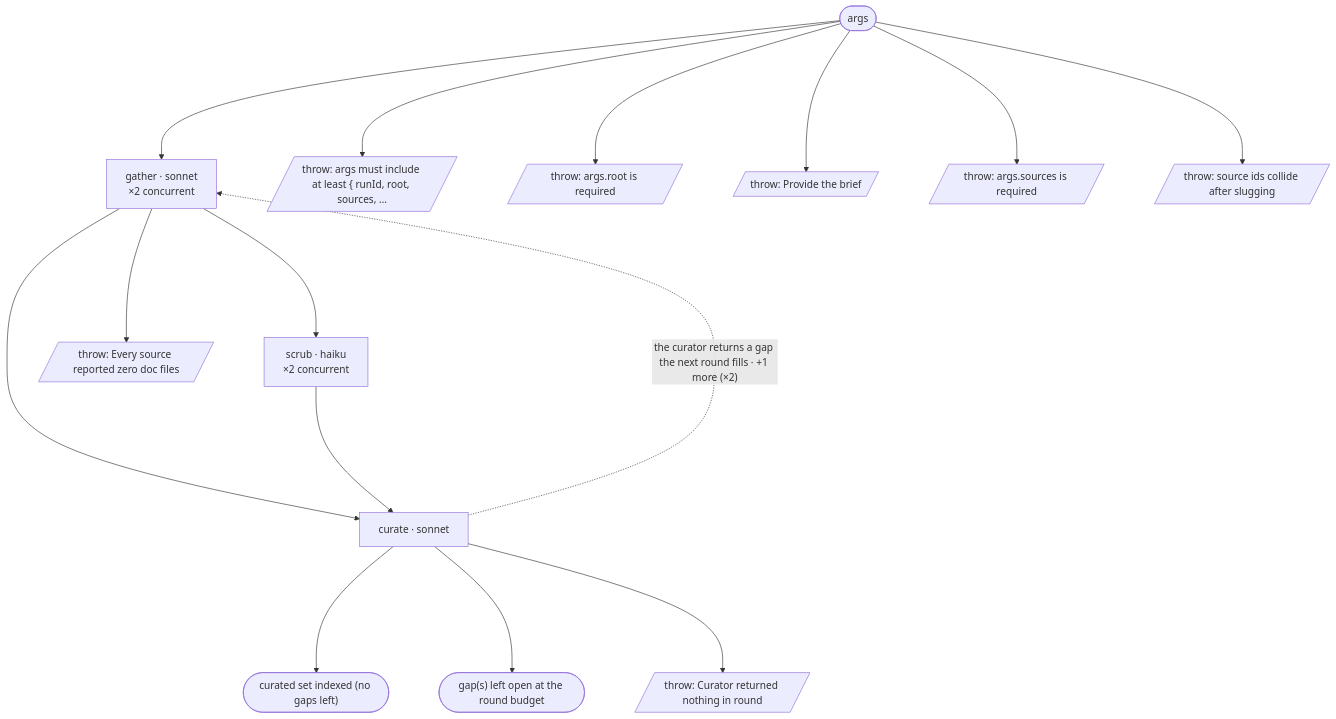
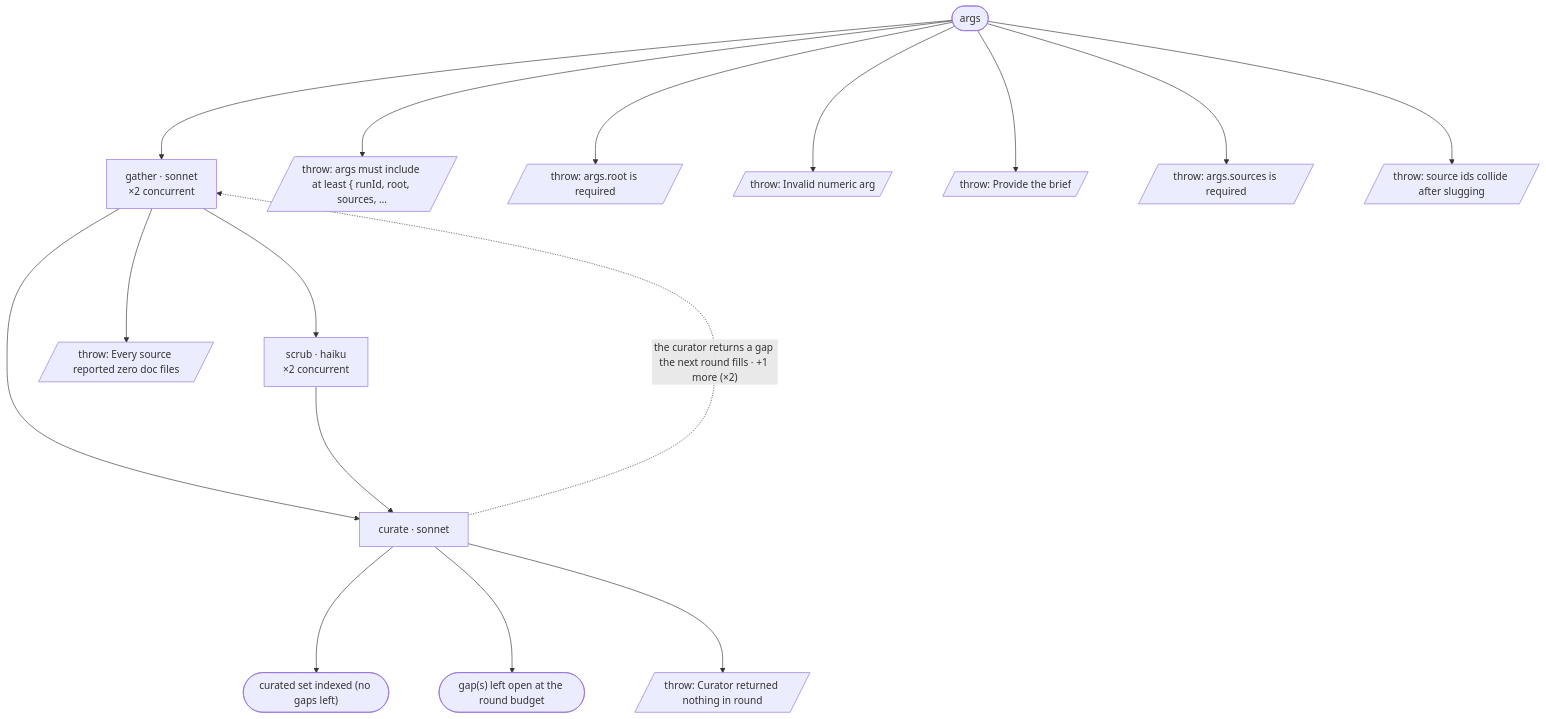
The diagram in workflows/docs/FLOW.md (Blakeem/aipromptguide-workflows), drawn with Mermaid before and after one commit. The commit also changed other lines of this file and 35 other files, not shown here.

````diff
--- a/workflows/docs/FLOW.md
+++ b/workflows/docs/FLOW.md
@@ -8,31 +8,33 @@
 ```mermaid
 %%{init: {"flowchart": {"nodeSpacing": 80, "rankSpacing": 200}}}%%
 flowchart TD
   S0(["args"])
   a1["gather · sonnet<br/>×2 concurrent"]
   a2["scrub · haiku<br/>×2 concurrent"]
   a3["curate · sonnet"]
   t1(["curated set indexed (no gaps left)"])
   t2(["gap(s) left open at the round budget"])
   x1[/"throw: args must include at least { runId, root, sources, …"/]
   x2[/"throw: args.root is required"/]
-  x3[/"throw: Provide the brief"/]
-  x4[/"throw: args.sources is required"/]
-  x5[/"throw: source ids collide after slugging"/]
-  x6[/"throw: Every source reported zero doc files"/]
-  x7[/"throw: Curator returned nothing in round"/]
+  x3[/"throw: Invalid numeric arg"/]
+  x4[/"throw: Provide the brief"/]
+  x5[/"throw: args.sources is required"/]
+  x6[/"throw: source ids collide after slugging"/]
+  x7[/"throw: Every source reported zero doc files"/]
+  x8[/"throw: Curator returned nothing in round"/]
   S0 --> a1
   S0 --> x1
   S0 --> x2
   S0 --> x3
   S0 --> x4
   S0 --> x5
+  S0 --> x6
   a1 --> a2
   a1 --> a3
-  a1 --> x6
+  a1 --> x7
   a2 --> a3
   a3 -.->|"the curator returns a gap the next round fills · +1 more (×2)"| a1
   a3 --> t1
   a3 --> t2
-  a3 --> x7
+  a3 --> x8
 ```
````
